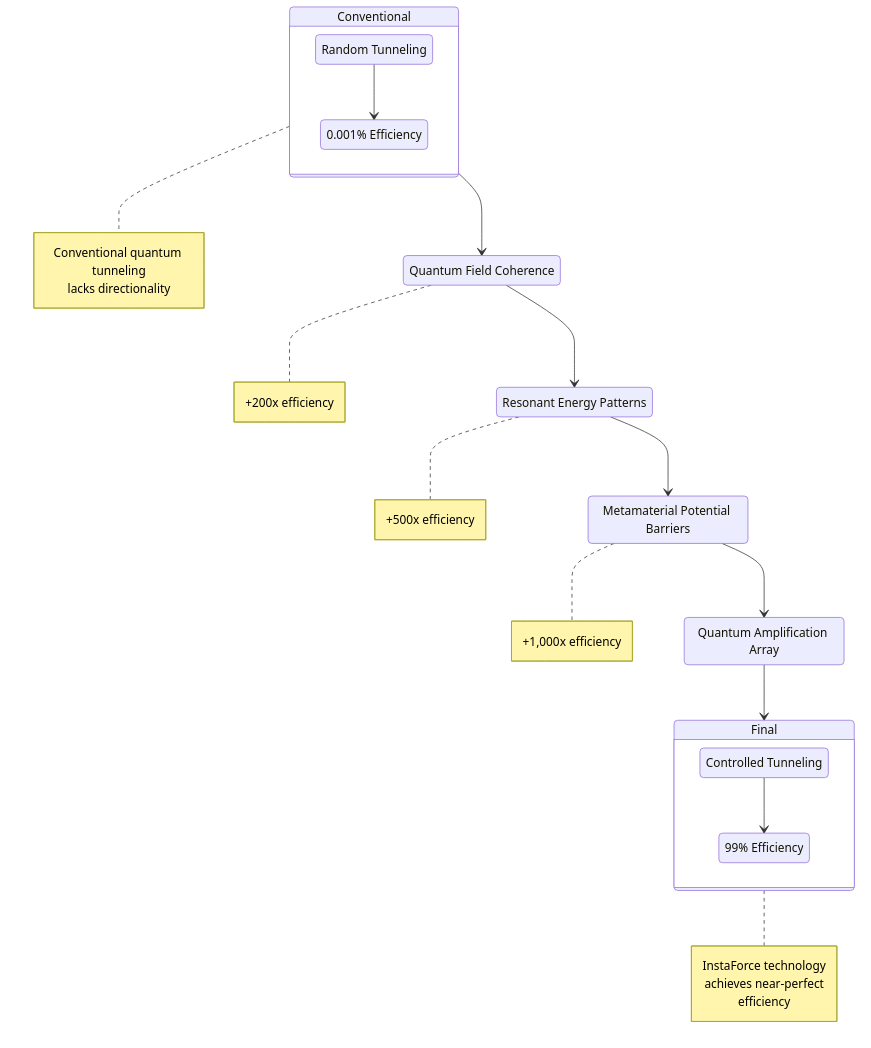
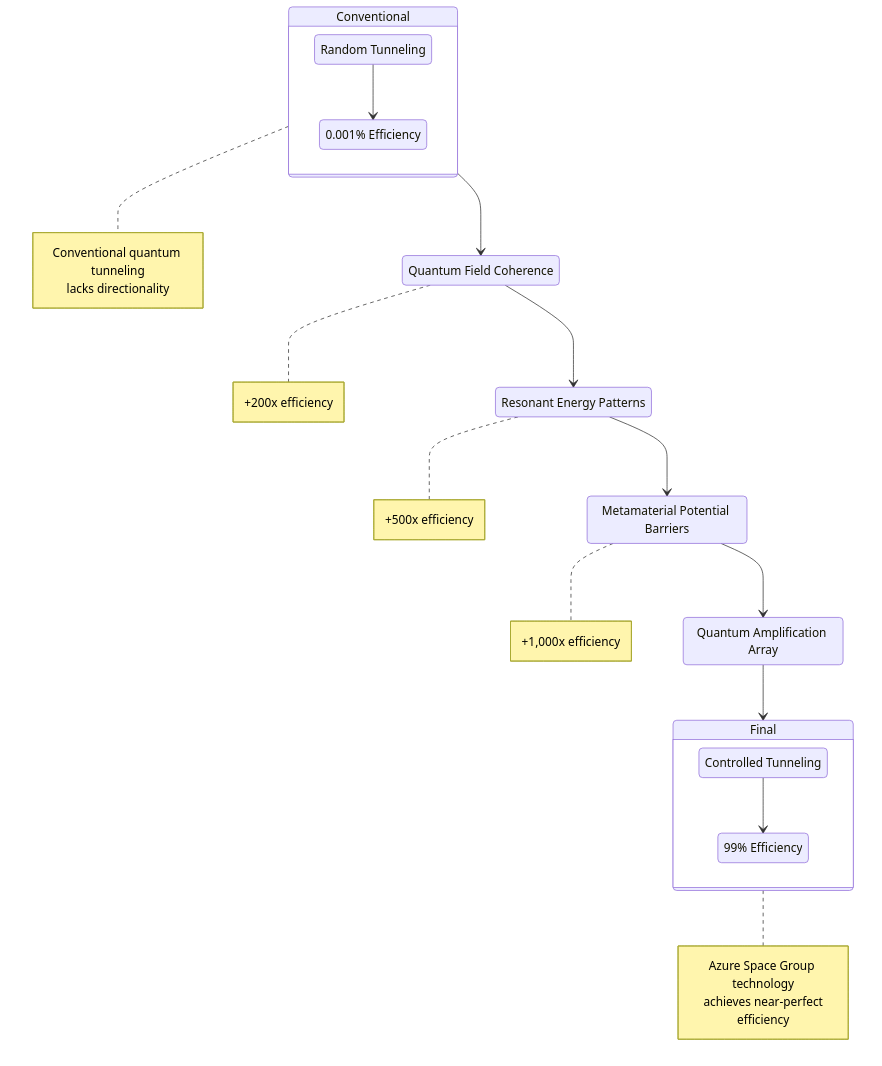
One commit to szemkoff/azurespacegroup changed the sixth of 8 diagrams in docs/core-documentation/core-technology.md. Above: the diagram before and after it, drawn with Mermaid. The commit also changed other lines of this file and 33 other files, not shown here.

Commit message:
Implement rebranding from InstaForce to Azure Space Group

````diff
--- a/docs/core-documentation/core-technology.md
+++ b/docs/core-documentation/core-technology.md
@@ -339,52 +339,52 @@
 ```mermaid
 stateDiagram-v2
     direction TB
     
     Conventional --> QFC
     QFC --> REP
     REP --> MPB
     MPB --> QAA
     QAA --> Final
     
     state Conventional {
         state "Random Tunneling" as RT
         state "0.001% Efficiency" as LE
         
         RT --> LE
     }
     
     state "Quantum Field Coherence" as QFC
     state "Resonant Energy Patterns" as REP
     state "Metamaterial Potential Barriers" as MPB
     state "Quantum Amplification Array" as QAA
     
     state Final {
         state "Controlled Tunneling" as CT
         state "99% Efficiency" as HE
         
         CT --> HE
     }
     
     note right of Conventional
         Conventional quantum tunneling
         lacks directionality
     end note
     
     note right of QFC
         +200x efficiency
     end note
     
     note right of REP
         +500x efficiency
     end note
     
     note right of MPB
         +1,000x efficiency
     end note
     
     note right of Final
-        InstaForce technology
+        Azure Space Group technology
         achieves near-perfect
         efficiency
     end note
 ```
````
